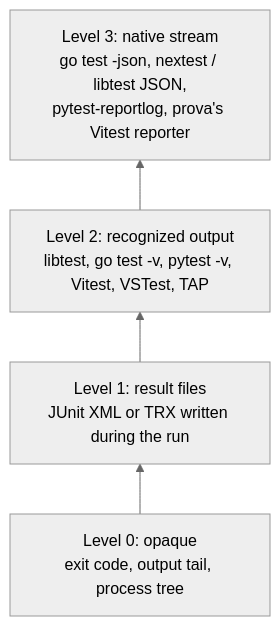
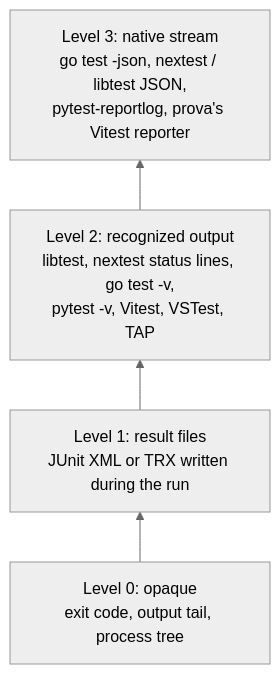
One commit to fals/prova changed the third of 6 diagrams in docs/architecture.md. Above: the diagram before and after it, drawn with Mermaid (neutral theme). The commit also changed other lines of this file and 12 other files, not shown here.

````diff
--- a/docs/architecture.md
+++ b/docs/architecture.md
@@ -117,8 +134,8 @@
 ```mermaid
 flowchart BT
     L0["Level 0: opaque<br/>exit code, output tail, process tree"]
     L1["Level 1: result files<br/>JUnit XML or TRX written during the run"]
-    L2["Level 2: recognized output<br/>libtest, go test -v, pytest -v, Vitest, VSTest, TAP"]
+    L2["Level 2: recognized output<br/>libtest, nextest status lines, go test -v,<br/>pytest -v, Vitest, VSTest, TAP"]
     L3["Level 3: native stream<br/>go test -json, nextest / libtest JSON,<br/>pytest-reportlog, prova's Vitest reporter"]
     L0 --> L1 --> L2 --> L3
 ```
````
